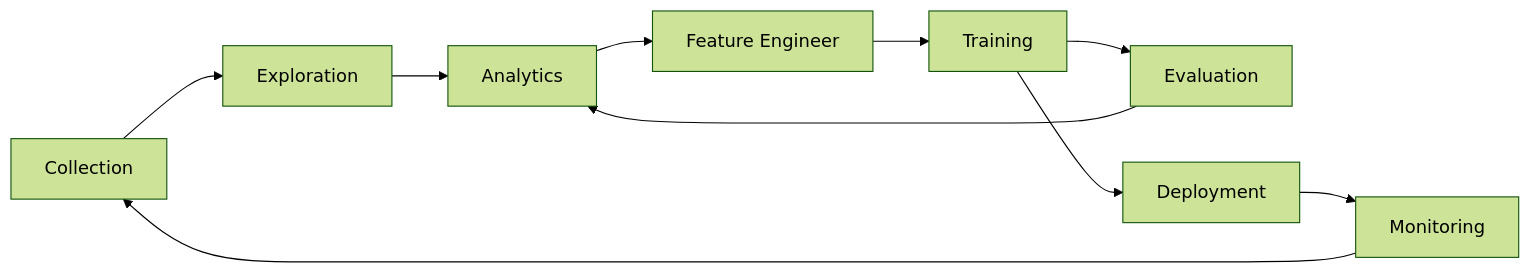
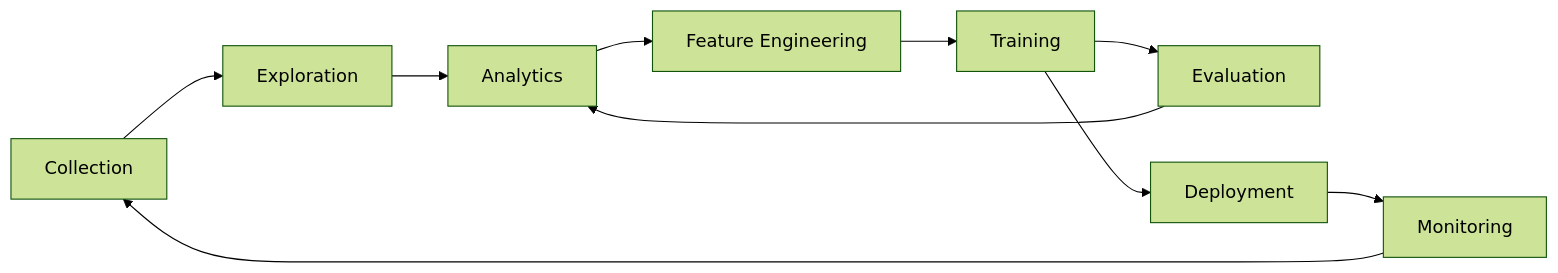
Before and after one commit to lancedb/lance: the diagram in README.md, drawn with Mermaid (forest theme). The commit also changed other lines of this file, not shown here.

````diff
--- a/README.md
+++ b/README.md
@@ -216,12 +222,12 @@
 ```mermaid
 graph LR
     A[Collection] --> B[Exploration];
     B --> C[Analytics];
-    C --> D[Feature Engineer];
+    C --> D[Feature Engineering];
     D --> E[Training];
     E --> F[Evaluation];
     F --> C;
     E --> G[Deployment];
     G --> H[Monitoring];
     H --> A;
 ```
````
